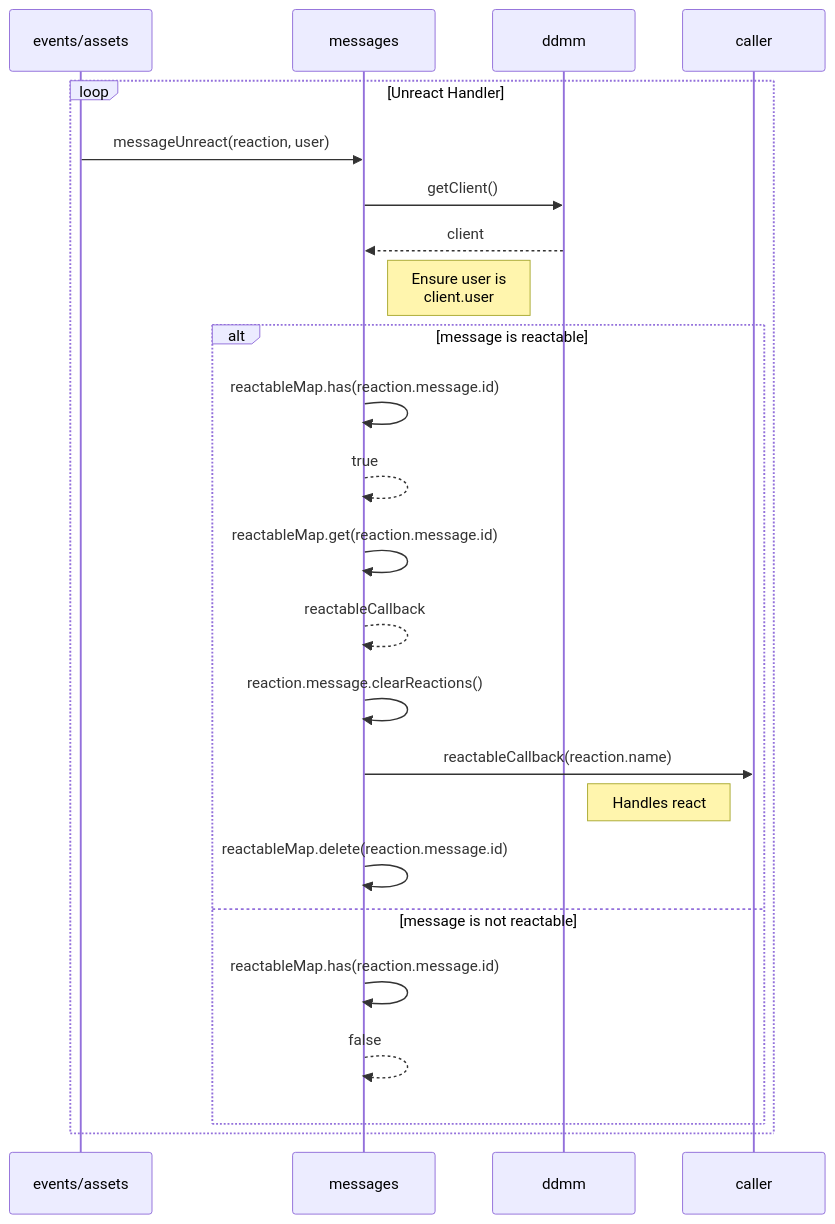
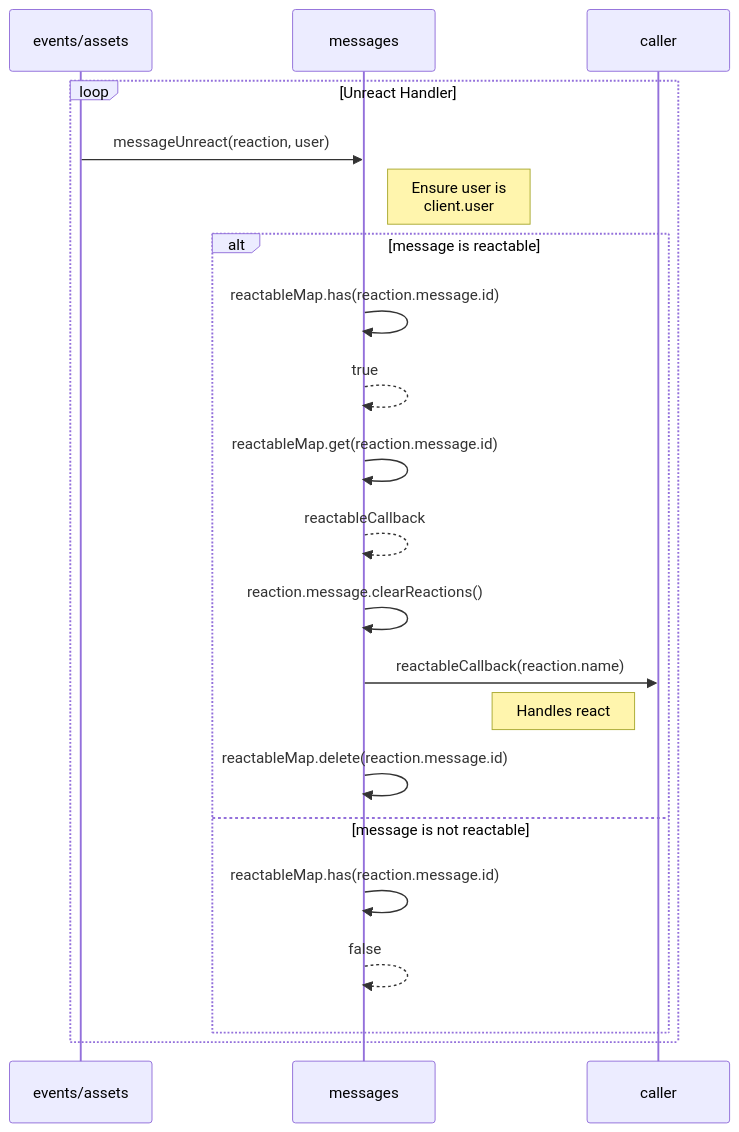
The second of 2 diagrams in docs/messages/index.md (QuantumCoded/ddmm), drawn with Mermaid before and after one commit. The commit also changed 5 other files, not shown here.

````diff
--- a/docs/messages/index.md
+++ b/docs/messages/index.md
@@ -57,24 +57,22 @@
 ```mermaid
   sequenceDiagram
     loop Unreact Handler
       events/assets ->> messages: messageUnreact(reaction, user)
 
-      messages ->> ddmm: getClient()
-      ddmm -->> messages: client
       note right of messages: Ensure user is<br/>client.user
 
       alt message is reactable
         messages ->> messages: reactableMap.has(reaction.message.id)
         messages -->> messages: true
         messages ->> messages: reactableMap.get(reaction.message.id)
         messages -->> messages: reactableCallback
         messages ->> messages: reaction.message.clearReactions()
         messages ->> caller: reactableCallback(reaction.name)
         note left of caller: Handles react
         messages ->> messages: reactableMap.delete(reaction.message.id)
       else message is not reactable
         messages ->> messages: reactableMap.has(reaction.message.id)
         messages -->> messages: false
       end
     end
 ```
````
